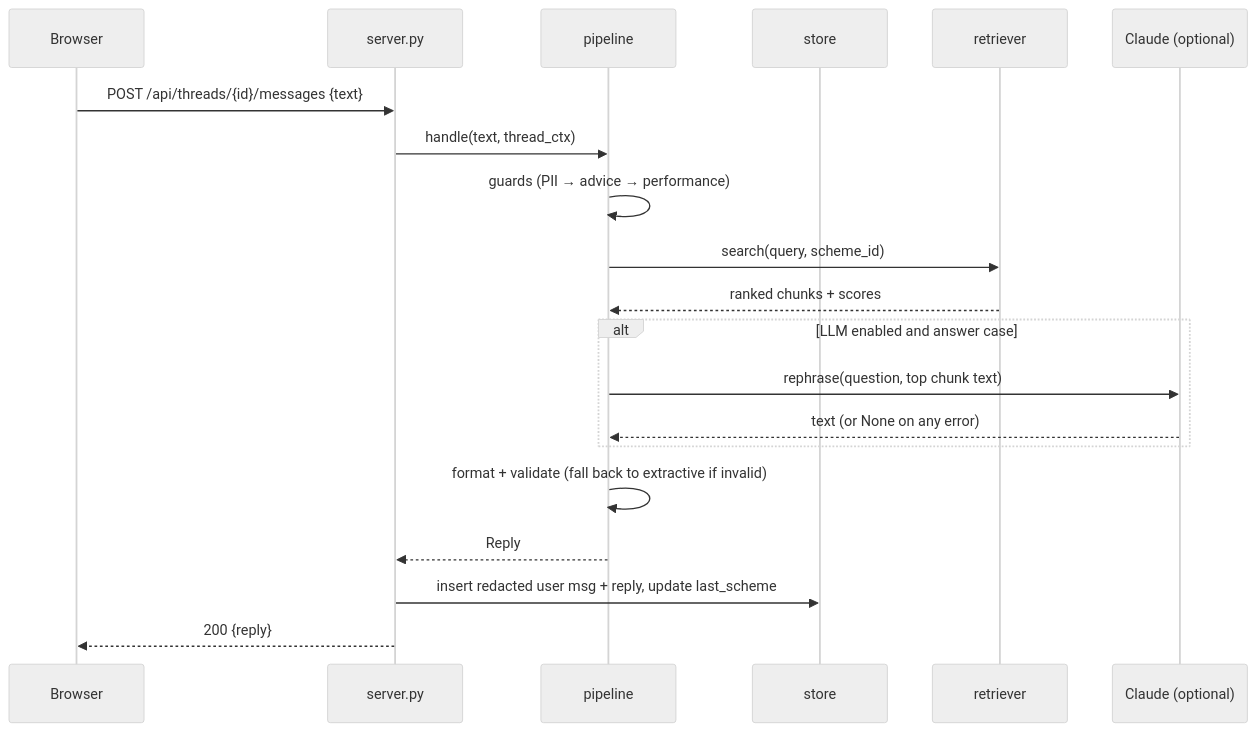
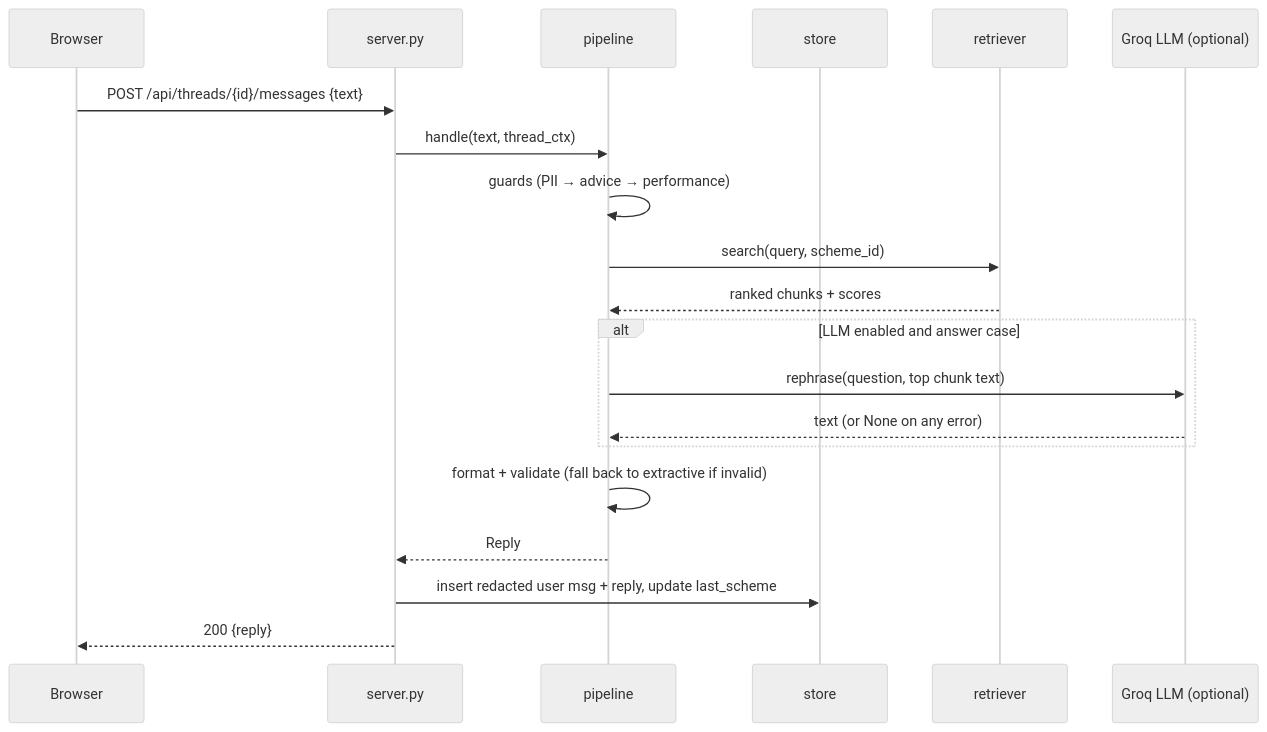
One commit to fxdarshan/02-BoloSIP changed the fourth of 5 diagrams in Doc/architecture.md. Above: the diagram before and after it, drawn with Mermaid (neutral theme). The commit also changed other lines of this file and 15 other files, not shown here.

First line of the commit message:
Phase 0: foundation; switch optional LLM to Groq in all docs

````diff
--- a/Doc/architecture.md
+++ b/Doc/architecture.md
@@ -221,23 +221,23 @@
 ```mermaid
 sequenceDiagram
     participant UI as Browser
     participant API as server.py
     participant P as pipeline
     participant S as store
     participant R as retriever
-    participant L as Claude (optional)
+    participant L as Groq LLM (optional)
 
     UI->>API: POST /api/threads/{id}/messages {text}
     API->>P: handle(text, thread_ctx)
     P->>P: guards (PII → advice → performance)
     P->>R: search(query, scheme_id)
     R-->>P: ranked chunks + scores
     alt LLM enabled and answer case
         P->>L: rephrase(question, top chunk text)
         L-->>P: text (or None on any error)
     end
     P->>P: format + validate (fall back to extractive if invalid)
     P-->>API: Reply
     API->>S: insert redacted user msg + reply, update last_scheme
     API-->>UI: 200 {reply}
 ```
````
